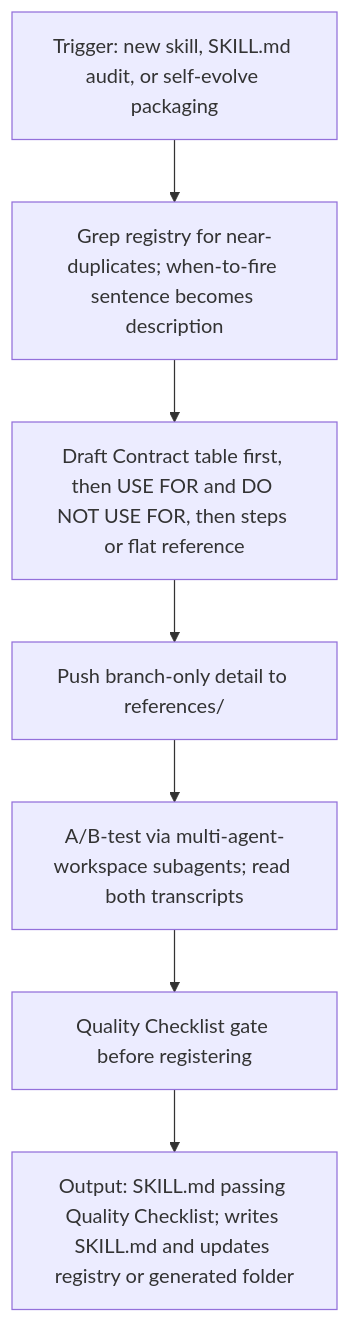
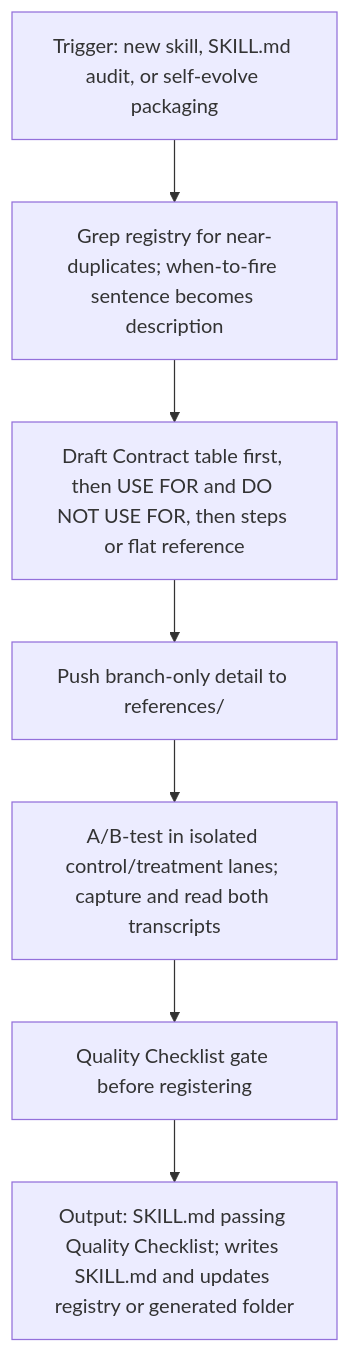
One commit to dyphn1/Harness-everything changed the first of 4 diagrams in docs/workflows/skill-creator.md. Above: the diagram before and after it, drawn with Mermaid. The commit also changed other lines of this file, not shown here.

````diff
--- a/docs/workflows/skill-creator.md
+++ b/docs/workflows/skill-creator.md
@@ -11,9 +11,9 @@
 ```mermaid
 graph TD
   NewReq["Trigger: new skill, SKILL.md audit, or self-evolve packaging"] --> DupGrep["Grep registry for near-duplicates; when-to-fire sentence becomes description"]
   DupGrep --> DraftContract["Draft Contract table first, then USE FOR and DO NOT USE FOR, then steps or flat reference"]
   DraftContract --> PushRef["Push branch-only detail to references/"]
-  PushRef --> ABTest["A/B-test via multi-agent-workspace subagents; read both transcripts"]
+  PushRef --> ABTest["A/B-test in isolated control/treatment lanes; capture and read both transcripts"]
   ABTest --> QualityGate["Quality Checklist gate before registering"]
   QualityGate --> RegisterOut["Output: SKILL.md passing Quality Checklist; writes SKILL.md and updates registry or generated folder"]
 ```
````
